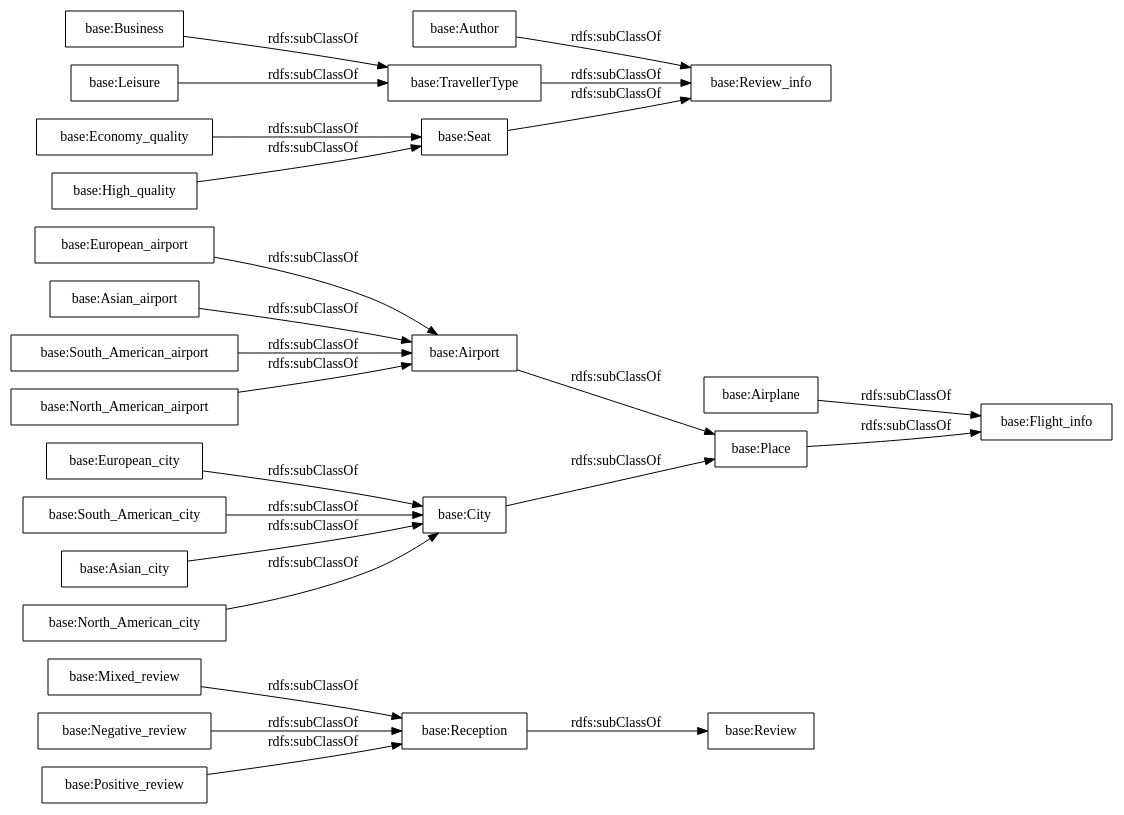
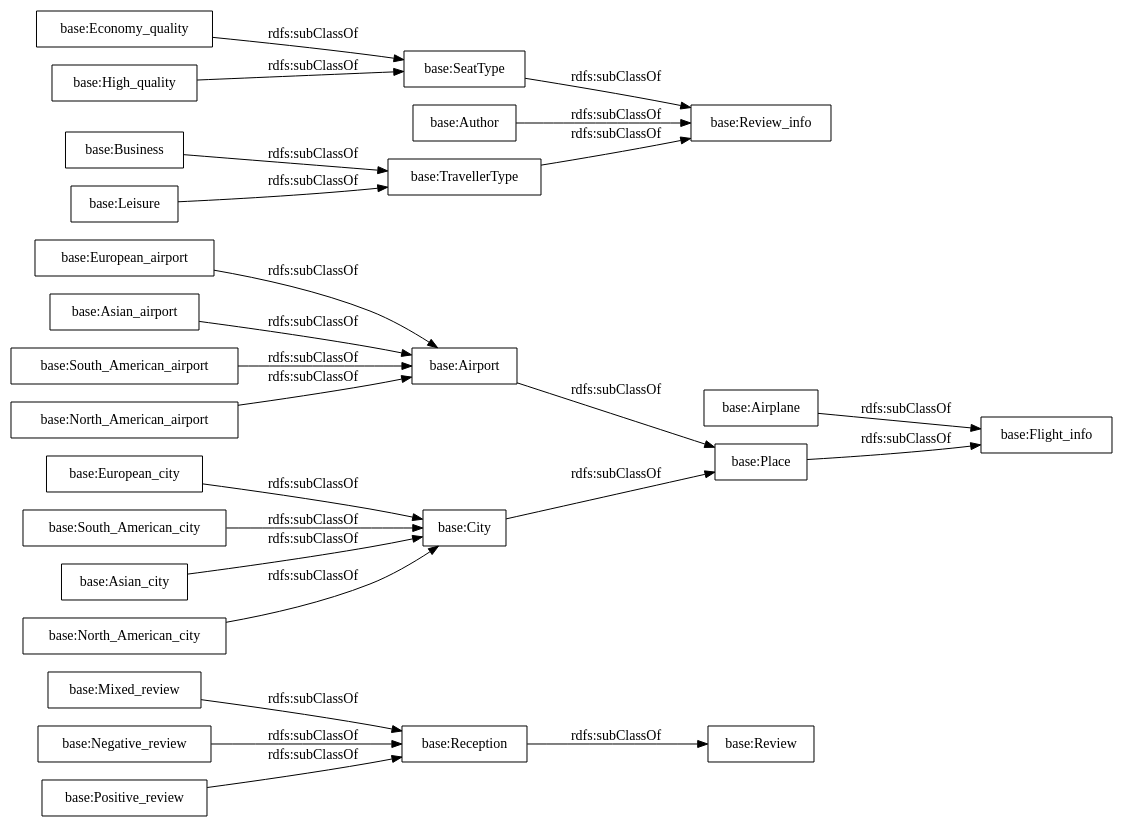
Before and after one commit to MigueldSPallares/FlightReviews: the diagram in OnToology/ontology.ttl/diagrams/ar2dtool-taxonomy/ontology.ttl.png.dot, drawn with Graphviz. The commit also changed 6 other files, not shown here.

```diff
--- a/OnToology/ontology.ttl/diagrams/ar2dtool-taxonomy/ontology.ttl.png.dot
+++ b/OnToology/ontology.ttl/diagrams/ar2dtool-taxonomy/ontology.ttl.png.dot
@@ -1,29 +1,29 @@
 digraph ar2dtool_diagram { 
 rankdir=LR;
 size="1000"
-node [shape = rectangle, color="black"]; "base:Mixed_review" "base:Airplane" "base:European_airport" "base:Flight_info" "base:Seat" "base:Business" "base:Economy_quality" "base:Asian_airport" "base:Review" "base:South_American_airport" "base:Airport" "base:European_city" "base:Negative_review" "base:Author" "base:High_quality" "base:South_American_city" "base:Positive_review" "base:Asian_city" "base:City" "base:North_American_city" "base:Place" "base:Leisure" "base:North_American_airport" "base:Reception" "base:TravellerType" "base:Review_info" ; /*classes style*/
+node [shape = rectangle, color="black"]; "base:Mixed_review" "base:Airplane" "base:European_airport" "base:Flight_info" "base:Business" "base:Economy_quality" "base:Asian_airport" "base:Review" "base:Airport" "base:South_American_airport" "base:European_city" "base:Negative_review" "base:Author" "base:High_quality" "base:South_American_city" "base:Positive_review" "base:Asian_city" "base:City" "base:SeatType" "base:North_American_city" "base:Place" "base:Leisure" "base:North_American_airport" "base:Reception" "base:TravellerType" "base:Review_info" ; /*classes style*/
 	"base:Business" -> "base:TravellerType" [ label = "rdfs:subClassOf" ];
 	"base:European_airport" -> "base:Airport" [ label = "rdfs:subClassOf" ];
 	"base:Leisure" -> "base:TravellerType" [ label = "rdfs:subClassOf" ];
 	"base:Author" -> "base:Review_info" [ label = "rdfs:subClassOf" ];
 	"base:European_city" -> "base:City" [ label = "rdfs:subClassOf" ];
 	"base:North_American_city" -> "base:City" [ label = "rdfs:subClassOf" ];
 	"base:Airport" -> "base:Place" [ label = "rdfs:subClassOf" ];
 	"base:Positive_review" -> "base:Reception" [ label = "rdfs:subClassOf" ];
 	"base:South_American_city" -> "base:City" [ label = "rdfs:subClassOf" ];
-	"base:High_quality" -> "base:Seat" [ label = "rdfs:subClassOf" ];
-	"base:Seat" -> "base:Review_info" [ label = "rdfs:subClassOf" ];
+	"base:High_quality" -> "base:SeatType" [ label = "rdfs:subClassOf" ];
 	"base:City" -> "base:Place" [ label = "rdfs:subClassOf" ];
 	"base:Reception" -> "base:Review" [ label = "rdfs:subClassOf" ];
 	"base:Asian_airport" -> "base:Airport" [ label = "rdfs:subClassOf" ];
-	"base:Economy_quality" -> "base:Seat" [ label = "rdfs:subClassOf" ];
+	"base:Economy_quality" -> "base:SeatType" [ label = "rdfs:subClassOf" ];
 	"base:Mixed_review" -> "base:Reception" [ label = "rdfs:subClassOf" ];
 	"base:Negative_review" -> "base:Reception" [ label = "rdfs:subClassOf" ];
 	"base:Airplane" -> "base:Flight_info" [ label = "rdfs:subClassOf" ];
+	"base:SeatType" -> "base:Review_info" [ label = "rdfs:subClassOf" ];
 	"base:Place" -> "base:Flight_info" [ label = "rdfs:subClassOf" ];
 	"base:South_American_airport" -> "base:Airport" [ label = "rdfs:subClassOf" ];
 	"base:Asian_city" -> "base:City" [ label = "rdfs:subClassOf" ];
 	"base:North_American_airport" -> "base:Airport" [ label = "rdfs:subClassOf" ];
 	"base:TravellerType" -> "base:Review_info" [ label = "rdfs:subClassOf" ];
 
 }
```
